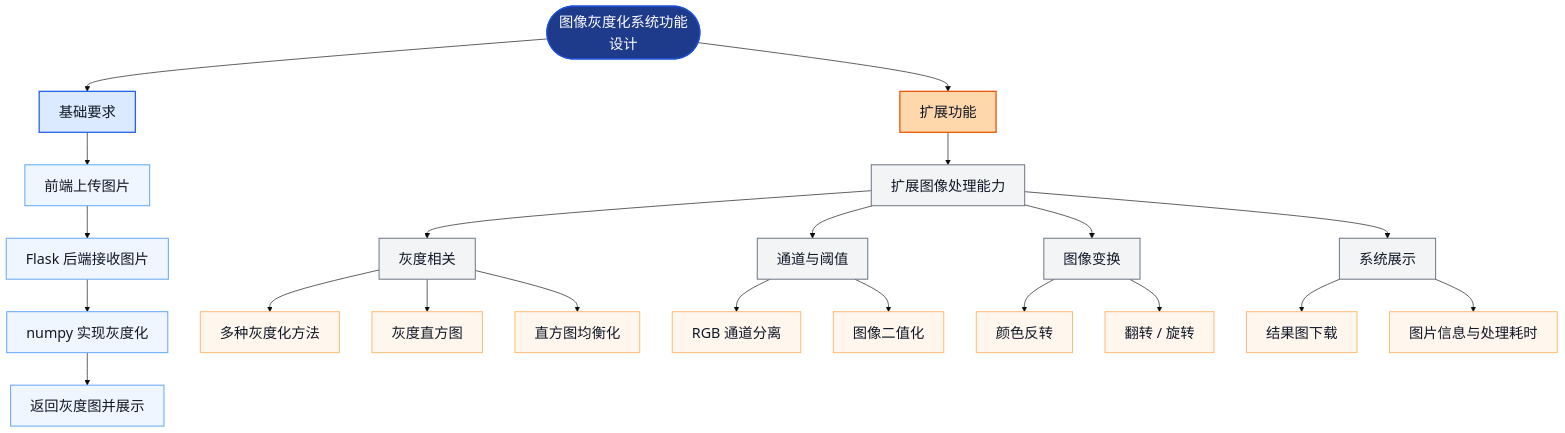
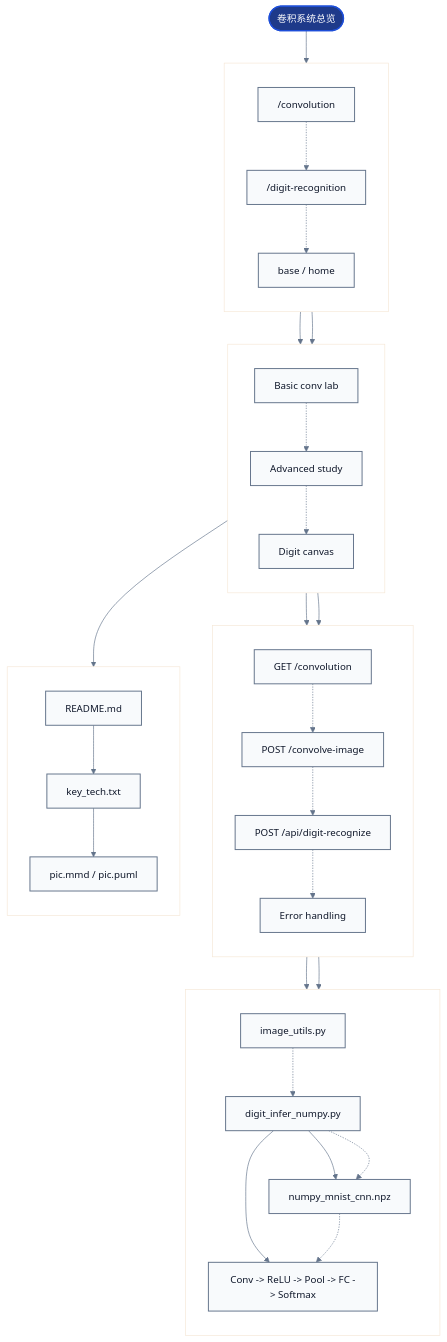
Before and after one commit to blinkfy/CVClass: the diagram in pic.mmd, drawn with Mermaid. The commit also changed 43 other files, not shown here.

```diff
--- a/pic.mmd
+++ b/pic.mmd
@@ -1,51 +1,79 @@
 %%{init: {
   "theme": "base",
   "themeVariables": {
-    "fontSize": "22px",
-    "fontFamily": "Microsoft YaHei, SimHei, Arial"
+    "fontSize": "15px",
+    "fontFamily": "Arial, Microsoft YaHei, SimHei",
+    "primaryColor": "#EFF6FF",
+    "primaryBorderColor": "#2563EB",
+    "lineColor": "#64748B"
   }
 }}%%
 flowchart TB
-    A([图像灰度化系统功能设计])
+    A([卷积系统总览])
 
-    A --> B[基础要求]
-    A --> C[扩展功能]
+    subgraph P["Pages"]
+        direction TB
+        P1["/convolution"]
+        P2["/digit-recognition"]
+        P3["base / home"]
+    end
 
-    B --> B1[前端上传图片]
-    B1 --> B2[Flask 后端接收图片]
-    B2 --> B3[numpy 实现灰度化]
-    B3 --> B4[返回灰度图并展示]
+    subgraph C["Frontend"]
+        direction TB
+        C1["Basic conv lab"]
+        C2["Advanced study"]
+        C3["Digit canvas"]
+    end
 
-    C --> C0[扩展图像处理能力]
+    subgraph B["Flask"]
+        direction TB
+        B1["GET /convolution"]
+        B2["POST /convolve-image"]
+        B3["POST /api/digit-recognize"]
+        B4["Error handling"]
+    end
 
-    C0 --> C1[灰度相关]
-    C0 --> C2[通道与阈值]
-    C0 --> C3[图像变换]
-    C0 --> C4[系统展示]
+    subgraph M["NumPy"]
+        direction TB
+        M1["image_utils.py"]
+        M2["digit_infer_numpy.py"]
+        M3["numpy_mnist_cnn.npz"]
+        M4["Conv -> ReLU -> Pool -> FC -> Softmax"]
+    end
 
-    C1 --> C11[多种灰度化方法]
-    C1 --> C12[灰度直方图]
-    C1 --> C13[直方图均衡化]
+    subgraph D["Docs"]
+        direction TB
+        D1["README.md"]
+        D2["key_tech.txt"]
+        D3["pic.mmd / pic.puml"]
+    end
 
-    C2 --> C21[RGB 通道分离]
-    C2 --> C22[图像二值化]
+    A --> P1
+    P3 --> C1
+    C1 --> B2
+    B2 --> M1
+    P2 --> C3
+    C3 --> B3
+    B3 --> M2
+    M2 --> M3
+    M2 --> M4
+    C2 --> D1
+    D1 --> D2
+    D2 --> D3
 
-    C3 --> C31[颜色反转]
-    C3 --> C32[翻转 / 旋转]
-
-    C4 --> C41[结果图下载]
-    C4 --> C42[图片信息与处理耗时]
+    P1 -.-> P2
+    P2 -.-> P3
+    C1 -.-> C2
+    C2 -.-> C3
+    B1 -.-> B2
+    B2 -.-> B3
+    B3 -.-> B4
+    M1 -.-> M2
+    M2 -.-> M3
+    M3 -.-> M4
 
     classDef root fill:#1E3A8A,stroke:#1D4ED8,stroke-width:2px,color:#FFFFFF;
-    classDef basicTitle fill:#DBEAFE,stroke:#2563EB,stroke-width:2px,color:#111827;
-    classDef extraTitle fill:#FED7AA,stroke:#EA580C,stroke-width:2px,color:#111827;
-    classDef group fill:#F3F4F6,stroke:#6B7280,stroke-width:1.5px,color:#111827;
-    classDef basic fill:#EFF6FF,stroke:#60A5FA,stroke-width:1.5px,color:#111827;
-    classDef extra fill:#FFF7ED,stroke:#FDBA74,stroke-width:1.5px,color:#111827;
-
+    classDef group fill:#DBEAFE,stroke:#2563EB,stroke-width:2px,color:#0F172A;
+    classDef node fill:#F8FAFC,stroke:#64748B,stroke-width:1.5px,color:#0F172A;
     class A root;
-    class B basicTitle;
-    class C extraTitle;
-    class C0,C1,C2,C3,C4 group;
-    class B1,B2,B3,B4 basic;
-    class C11,C12,C13,C21,C22,C31,C32,C41,C42 extra;
+    class P1,P2,P3,C1,C2,C3,B1,B2,B3,B4,M1,M2,M3,M4,D1,D2,D3 node;
```
